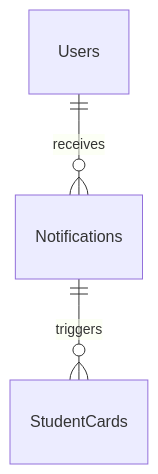
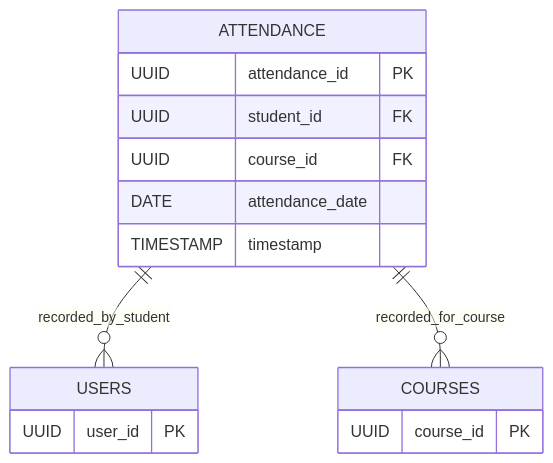
One commit to hainguyen81/ai-scraper changed the fifth of 11 diagrams in sources/output/business-analysis/ba.md. Above: the diagram before and after it, drawn with Mermaid. The commit also changed other lines of this file and 3 other files, not shown here.

````diff
--- a/sources/output/business-analysis/ba.md
+++ b/sources/output/business-analysis/ba.md
@@ -281,5 +413,18 @@
 ```mermaid
 erDiagram
-    Users ||--o{ Notifications : receives
-    Notifications ||--o{ StudentCards : triggers
+    ATTENDANCE {
+        UUID attendance_id PK
+        UUID student_id FK
+        UUID course_id FK
+        DATE attendance_date
+        TIMESTAMP timestamp
+    }
+    USERS {
+        UUID user_id PK
+    }
+    COURSES {
+        UUID course_id PK
+    }
+    ATTENDANCE ||--o{ USERS : recorded_by_student
+    ATTENDANCE ||--o{ COURSES : recorded_for_course
 ```
````
